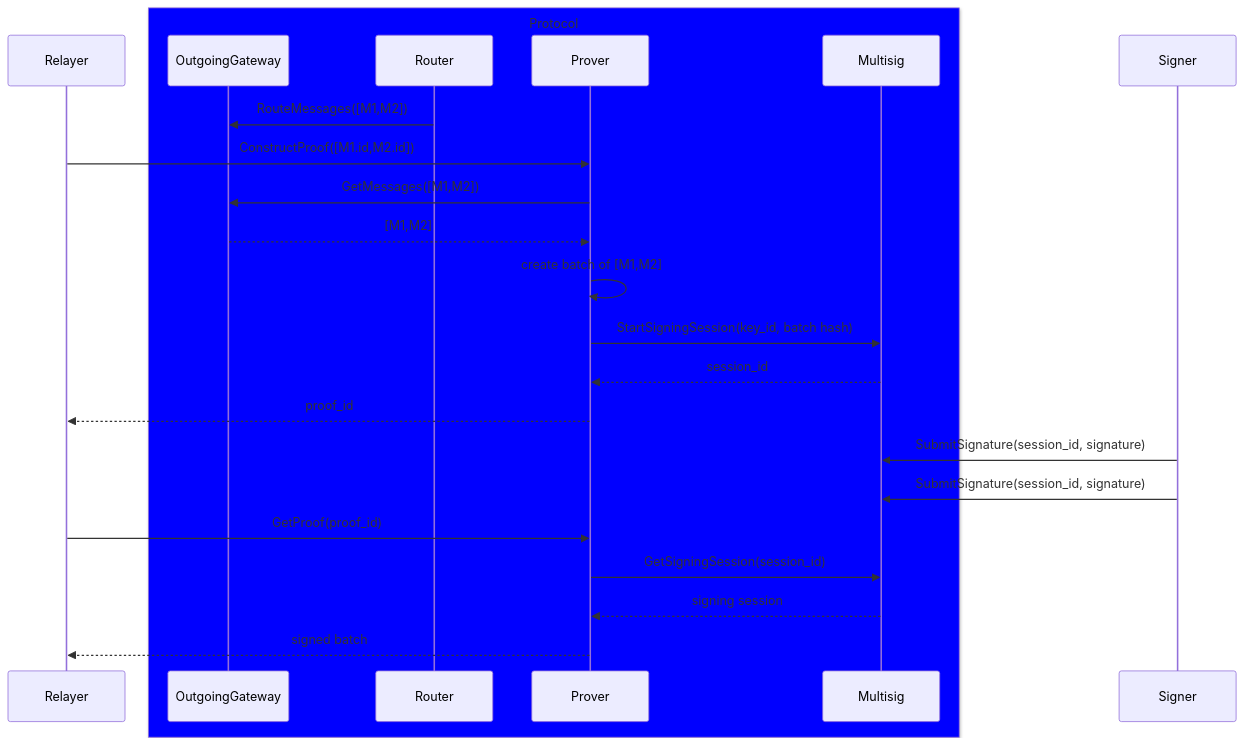
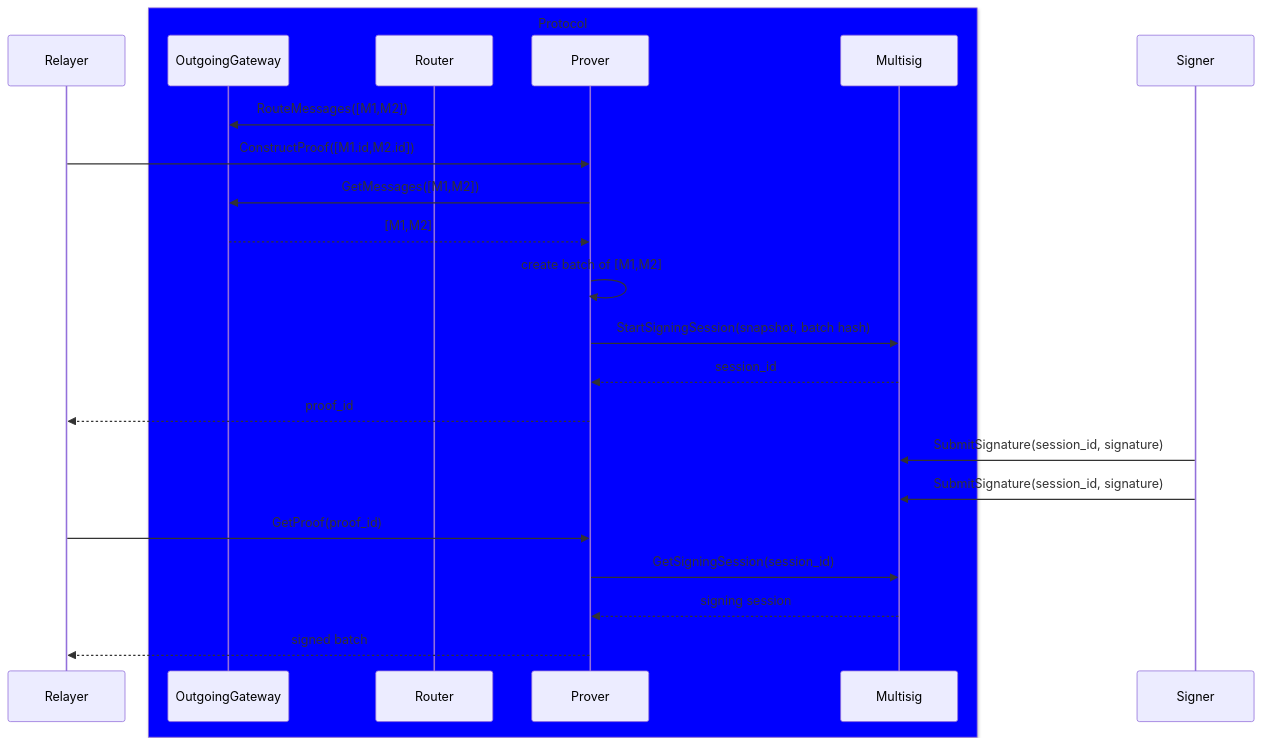
One commit to axelarnetwork/axelar-amplifier changed the fourth of 4 diagrams in README.md. Above: the diagram before and after it, drawn with Mermaid. The commit also changed other lines of this file, not shown here.

````diff
--- a/README.md
+++ b/README.md
@@ -95,28 +101,28 @@
 ```mermaid
 sequenceDiagram
     participant Relayer
     box Blue Protocol
     participant OutgoingGateway
     participant Router
     participant Prover
     participant Multisig
     end
     participant Signer
 
 
     Router->>OutgoingGateway: RouteMessages([M1,M2])
     Relayer->>Prover: ConstructProof([M1.id,M2.id])
     Prover->>OutgoingGateway: GetMessages([M1,M2])
     OutgoingGateway-->>Prover: [M1,M2]
     Prover->>Prover: create batch of [M1,M2]
-    Prover->>Multisig: StartSigningSession(key_id, batch hash)
+    Prover->>Multisig: StartSigningSession(snapshot, batch hash)
     Multisig-->>Prover: session_id
     Prover-->>Relayer: proof_id
     Signer->>Multisig: SubmitSignature(session_id, signature)
     Signer->>Multisig: SubmitSignature(session_id, signature)
     Relayer->>Prover: GetProof(proof_id)
     Prover->>Multisig: GetSigningSession(session_id)
     Multisig-->>Prover: signing session
     Prover-->>Relayer: signed batch
 
 ```
````
